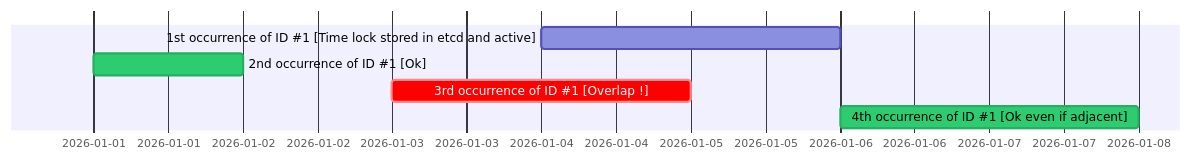
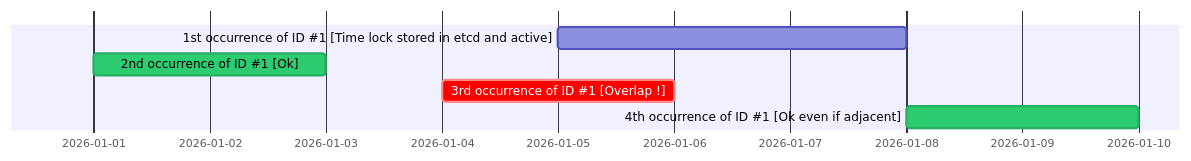
One commit to laurentlmx/timegate changed the diagram in README.md. Above: the diagram before and after it, drawn with Mermaid.

````diff
--- a/README.md
+++ b/README.md
@@ -20,13 +20,13 @@
 ```mermaid
 %%{ init: { 
   'themeVariables': { 'activeTaskBkgColor': '#2ecc71', 'activeTaskBorderColor': '#27ae60' },
   'themeCSS': '.tick text { display: none !important; } .grid .tick line { display: none !important; }'
 } }%%
 gantt
     dateFormat YYYY-MM-DD
 
-    1st occurrence of ID #1 [Time lock stored in etcd and active] : 2026-01-04, 2026-01-06
-    2nd occurrence of ID #1 [Ok] : active, 2026-01-01, 2026-01-02
-    3rd occurrence of ID #1 [Overlap !] : crit, 2026-01-03, 2026-01-05
-    4th occurrence of ID #1 [Ok even if adjacent] : active, 2026-01-06, 2026-01-08
+    1st occurrence of ID #1 [Time lock stored in etcd and active] : 2026-01-05, 2026-01-08
+    2nd occurrence of ID #1 [Ok] : active, 2026-01-01, 2026-01-03
+    3rd occurrence of ID #1 [Overlap !] : crit, 2026-01-04, 2026-01-06
+    4th occurrence of ID #1 [Ok even if adjacent] : active, 2026-01-08, 2026-01-10
 ```
````
